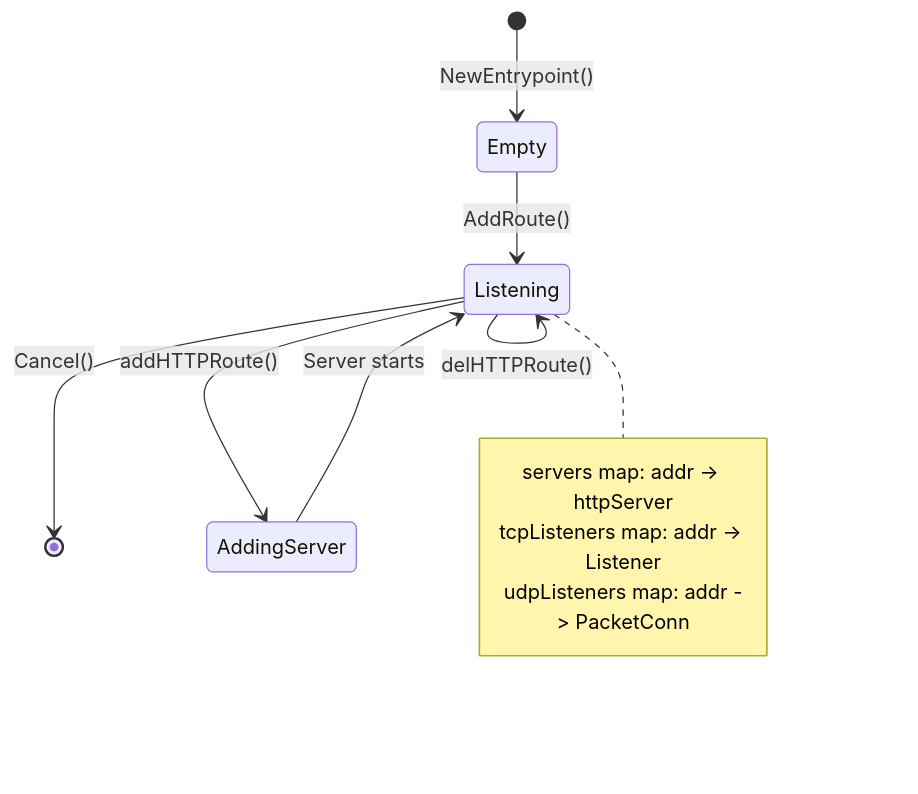
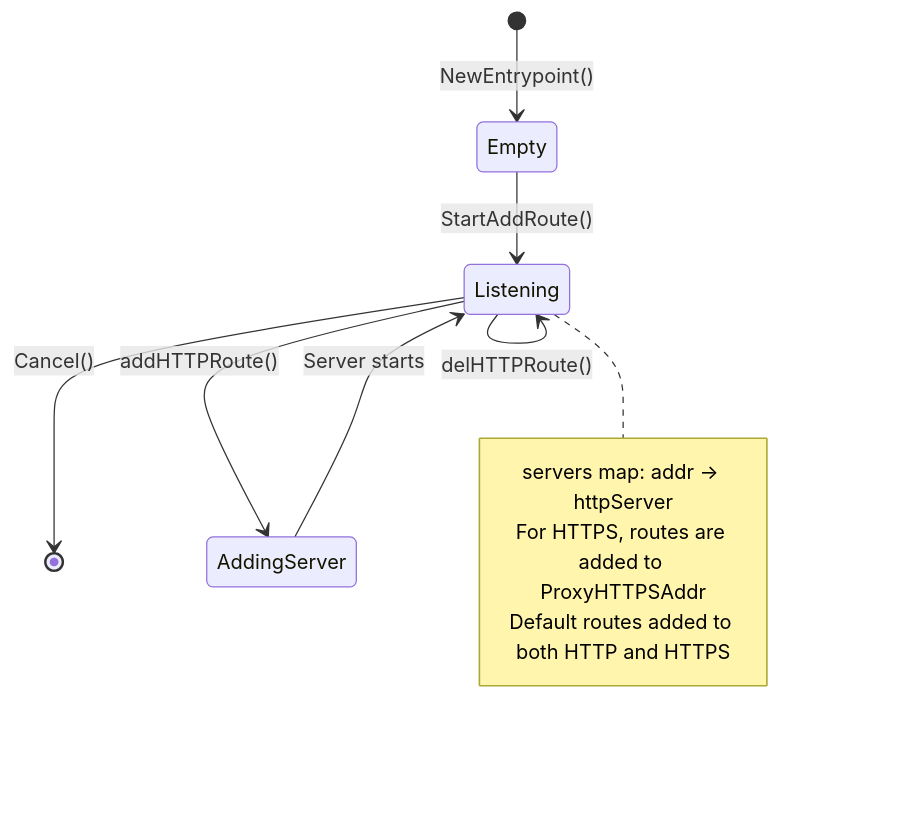
Before and after one commit to yusing/godoxy: the third of 4 diagrams in internal/entrypoint/README.md, drawn with Mermaid. The commit also changed other lines of this file and 1 other file, not shown here.

````diff
--- a/internal/entrypoint/README.md
+++ b/internal/entrypoint/README.md
@@ -171,18 +199,18 @@
 ```mermaid
 stateDiagram-v2
     [*] --> Empty: NewEntrypoint()
 
-    Empty --> Listening: AddRoute()
-    Listening --> Listening: AddRoute()
+    Empty --> Listening: StartAddRoute()
+    Listening --> Listening: StartAddRoute()
     Listening --> Listening: delHTTPRoute()
     Listening --> [*]: Cancel()
 
     Listening --> AddingServer: addHTTPRoute()
     AddingServer --> Listening: Server starts
 
     note right of Listening
         servers map: addr -> httpServer
-        tcpListeners map: addr -> Listener
-        udpListeners map: addr -> PacketConn
+        For HTTPS, routes are added to ProxyHTTPSAddr
+        Default routes added to both HTTP and HTTPS
     end note
 ```
````
